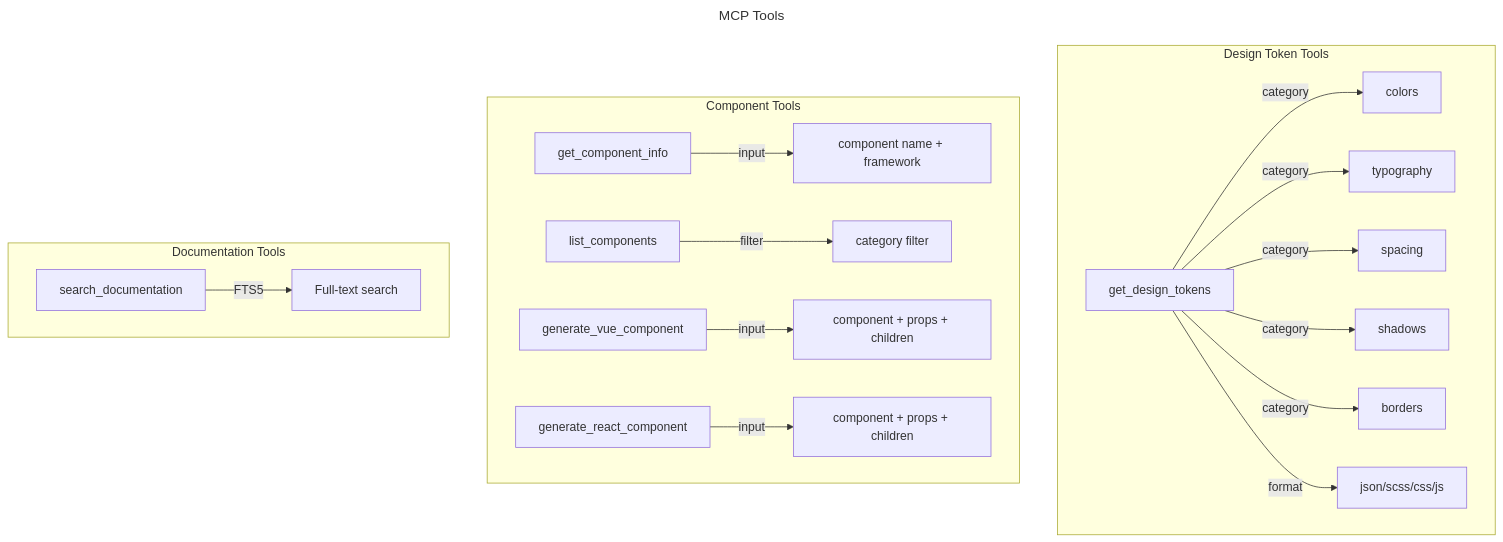
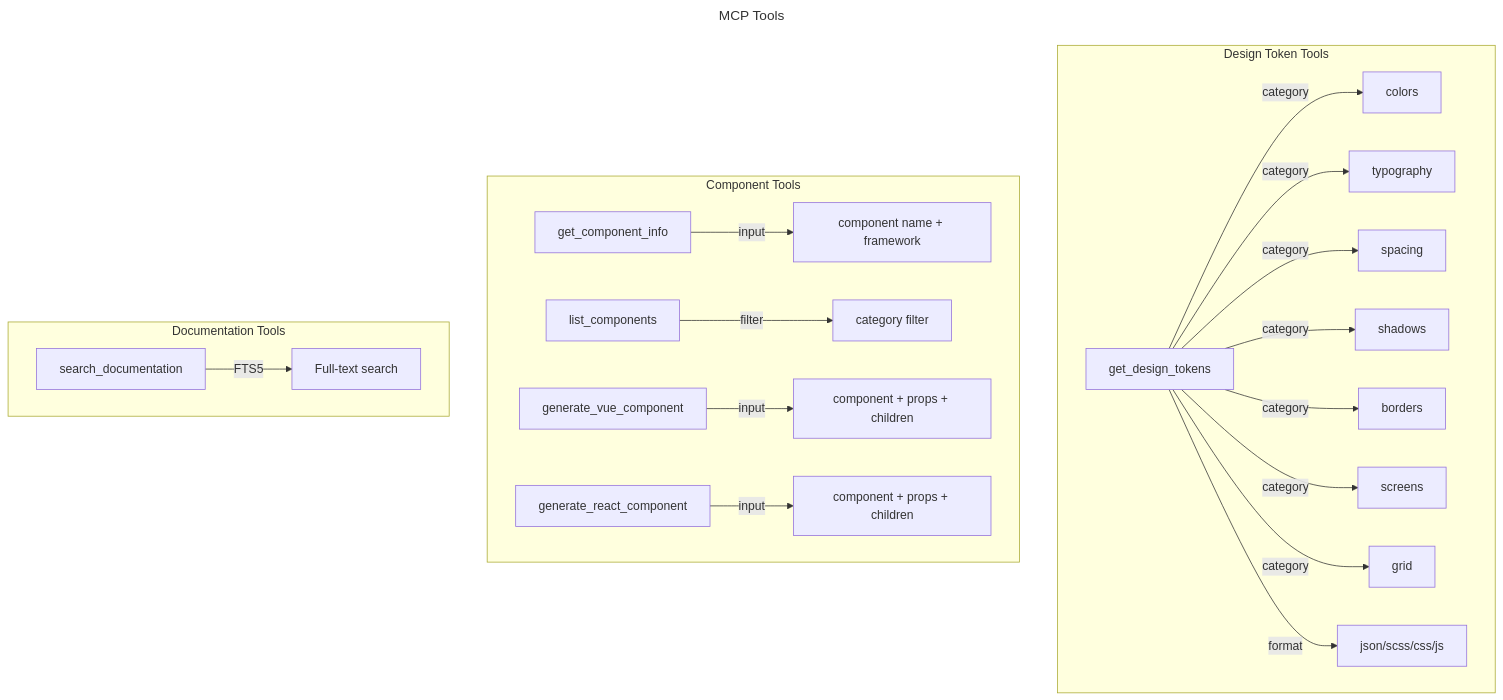
One commit to MerzoukeMansouri/adeo-mozaic-mcp changed the diagram in docs/assets/tools.mmd. Above: the diagram before and after it, drawn with Mermaid. The commit also changed 7 other files, not shown here.

```diff
--- a/docs/assets/tools.mmd
+++ b/docs/assets/tools.mmd
@@ -1,30 +1,32 @@
 ---
 title: MCP Tools
 ---
 flowchart TB
     subgraph TokenTools["Design Token Tools"]
         GT[get_design_tokens]
         GT -->|category| GTO1[colors]
         GT -->|category| GTO2[typography]
         GT -->|category| GTO3[spacing]
         GT -->|category| GTO4[shadows]
         GT -->|category| GTO5[borders]
+        GT -->|category| GTO6[screens]
+        GT -->|category| GTO7[grid]
         GT -->|format| GTF1[json/scss/css/js]
     end
 
     subgraph ComponentTools["Component Tools"]
         GC[get_component_info]
         LC[list_components]
         GVC[generate_vue_component]
         GRC[generate_react_component]
 
         GC -->|input| GCI[component name + framework]
         LC -->|filter| LCF[category filter]
         GVC -->|input| GVCI[component + props + children]
         GRC -->|input| GRCI[component + props + children]
     end
 
     subgraph DocTools["Documentation Tools"]
         SD[search_documentation]
         SD -->|FTS5| SDR[Full-text search]
     end
```
